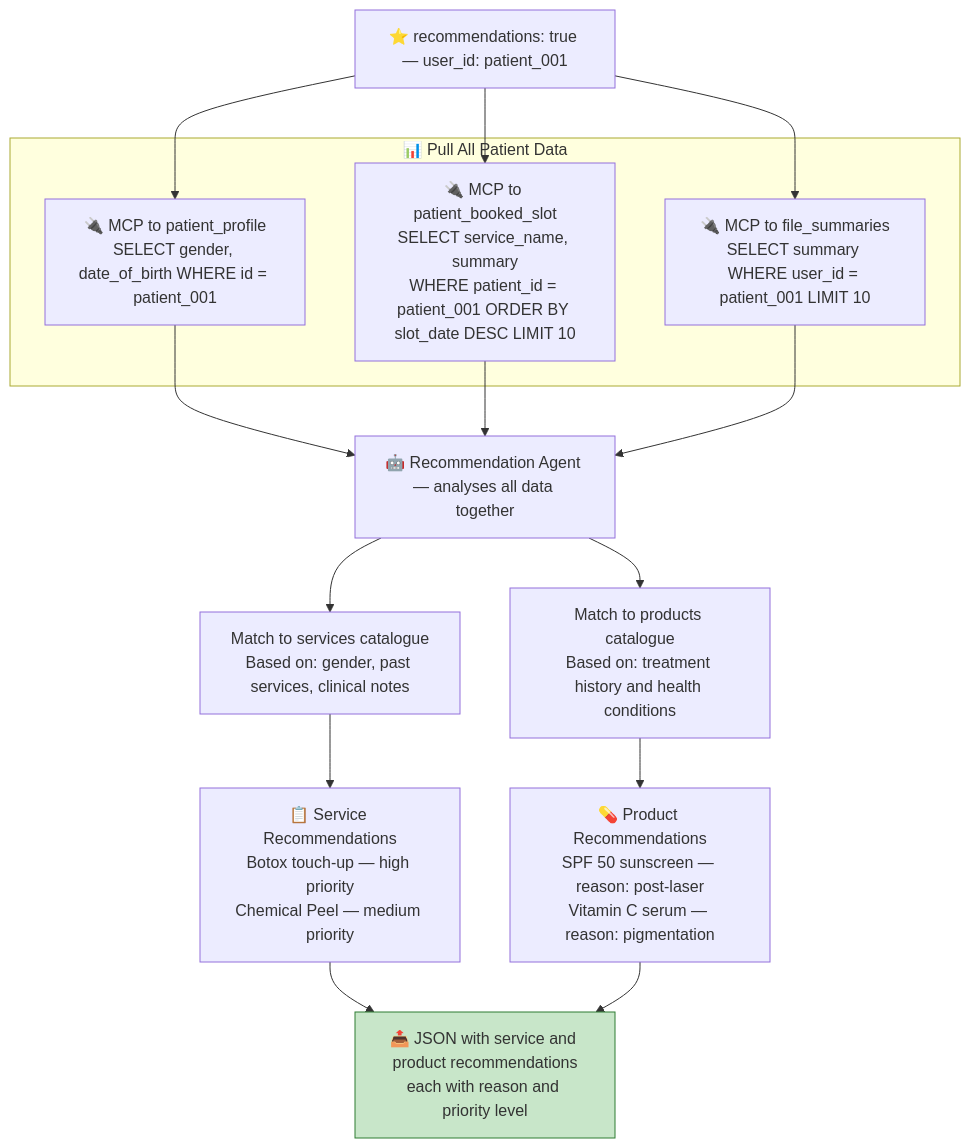
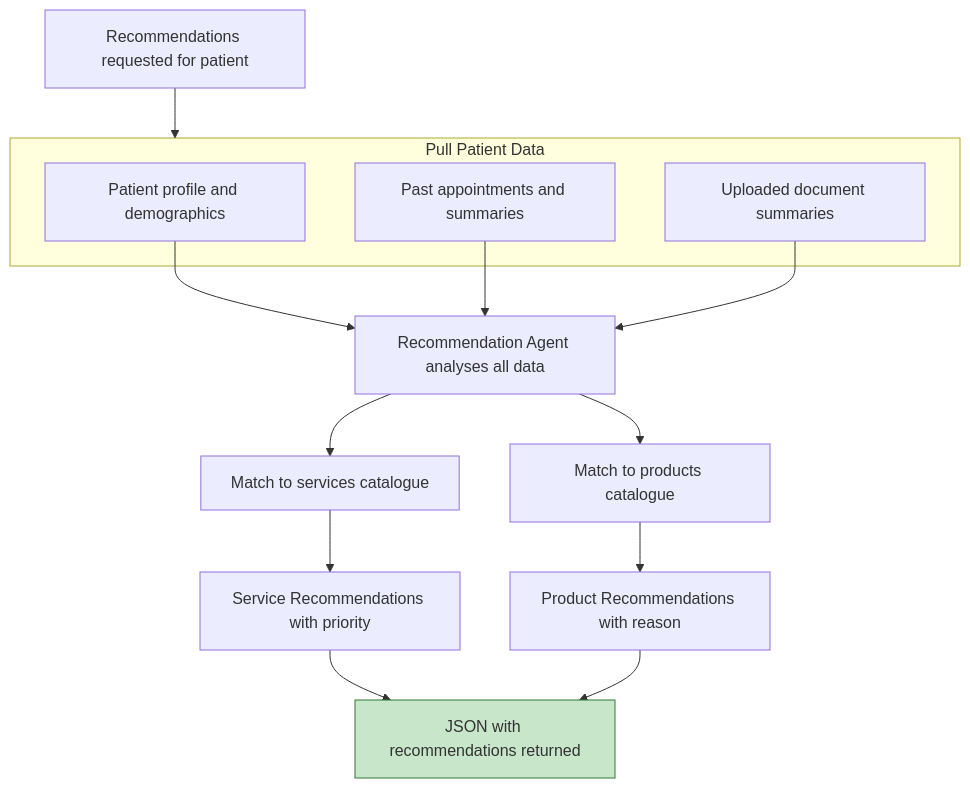
One commit to harshbhaskerwar/markdown-tests changed diagram 12 of 16 in README.md. Above: the diagram before and after it, drawn with Mermaid. The commit also changed other lines of this file, not shown here.

````diff
--- a/README.md
+++ b/README.md
@@ -574,31 +521,25 @@
 ```mermaid
 flowchart TD
-    TRIGGER["⭐ recommendations: true — user_id: patient_001"]
+    TRIGGER["Recommendations requested for patient"] --> DATA_PULL
 
-    subgraph DATA_PULL["📊 Pull All Patient Data"]
-        DEMO["🔌 MCP to patient_profile\nSELECT gender, date_of_birth WHERE id = patient_001"]
-        HISTORY["🔌 MCP to patient_booked_slot\nSELECT service_name, summary\nWHERE patient_id = patient_001 ORDER BY slot_date DESC LIMIT 10"]
-        FILES["🔌 MCP to file_summaries\nSELECT summary WHERE user_id = patient_001 LIMIT 10"]
+    subgraph DATA_PULL["Pull Patient Data"]
+        DEMO["Patient profile and demographics"]
+        HISTORY["Past appointments and summaries"]
+        FILES["Uploaded document summaries"]
     end
 
-    TRIGGER --> DEMO
-    TRIGGER --> HISTORY
-    TRIGGER --> FILES
-
-    DEMO --> ANALYSE
+    DEMO --> ANALYSE["Recommendation Agent analyses all data"]
     HISTORY --> ANALYSE
     FILES --> ANALYSE
 
-    ANALYSE["🤖 Recommendation Agent — analyses all data together"]
+    ANALYSE --> SVC_MATCH["Match to services catalogue"]
+    ANALYSE --> PROD_MATCH["Match to products catalogue"]
 
-    ANALYSE --> SVC_MATCH["Match to services catalogue\nBased on: gender, past services, clinical notes"]
-    ANALYSE --> PROD_MATCH["Match to products catalogue\nBased on: treatment history and health conditions"]
+    SVC_MATCH --> SVC_RECS["Service Recommendations with priority"]
+    PROD_MATCH --> PROD_RECS["Product Recommendations with reason"]
 
-    SVC_MATCH --> SVC_RECS["📋 Service Recommendations\nBotox touch-up — high priority\nChemical Peel — medium priority"]
-    PROD_MATCH --> PROD_RECS["💊 Product Recommendations\nSPF 50 sunscreen — reason: post-laser\nVitamin C serum — reason: pigmentation"]
-
-    SVC_RECS --> OUT["📤 JSON with service and product recommendations\neach with reason and priority level"]
+    SVC_RECS --> OUT["JSON with recommendations returned"]
     PROD_RECS --> OUT
 
     style OUT fill:#c8e6c9,stroke:#2e7d32
 ```
````
